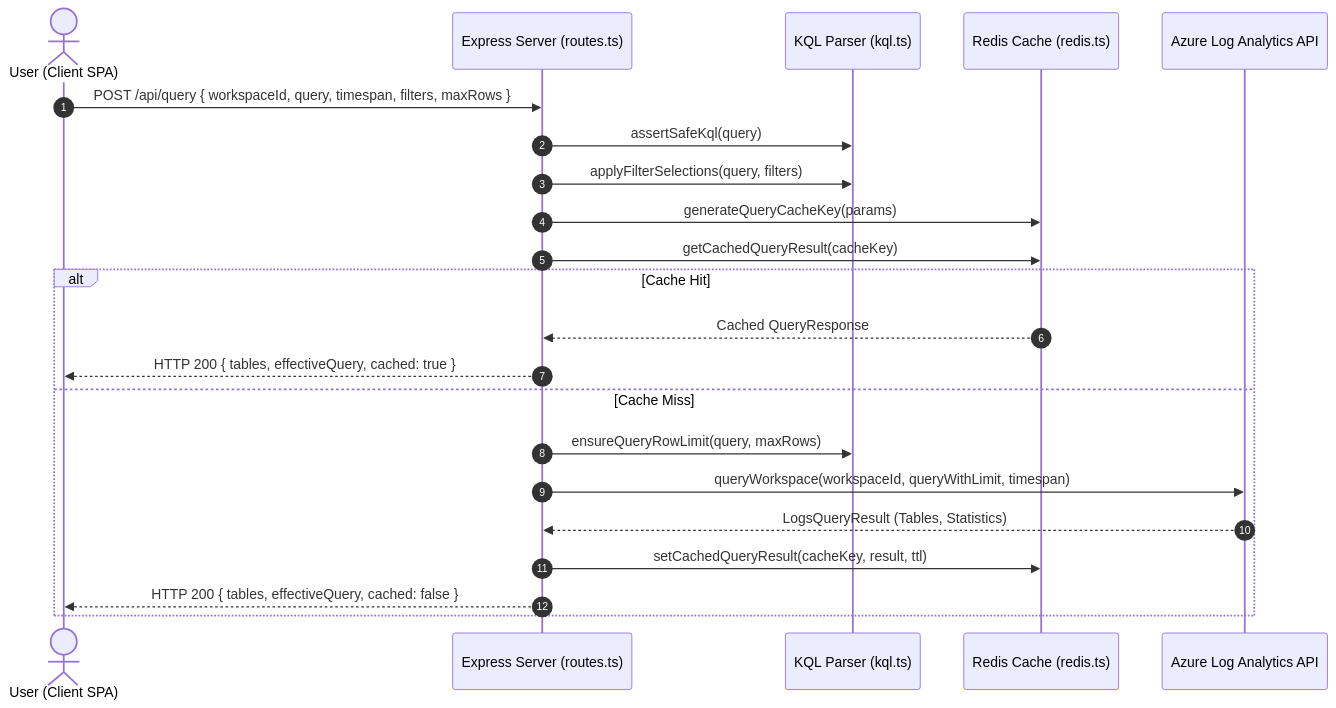
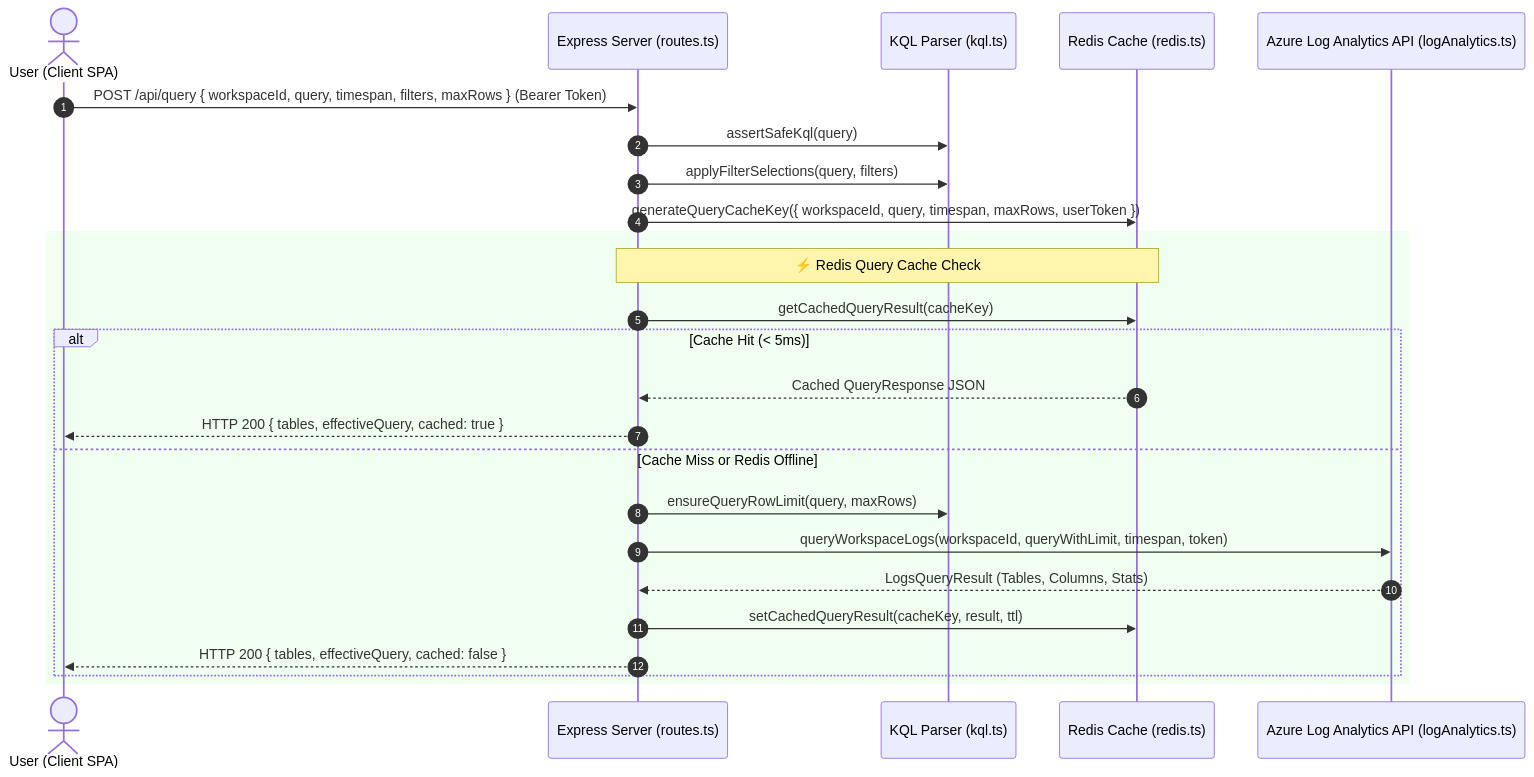
Before and after one commit to diny1729/LogAnalytics: the second of 2 diagrams in server.md, drawn with Mermaid. The commit also changed other lines of this file and 26 other files, not shown here.

Commit message:
feat: update architecture, README, client and server documentation with multi-subscription & multi-workspace log view

````diff
--- a/server.md
+++ b/server.md
@@ -122,26 +134,29 @@
 ```mermaid
 sequenceDiagram
     autonumber
     actor User as User (Client SPA)
     participant Server as Express Server (routes.ts)
     participant KQL as KQL Parser (kql.ts)
     participant Redis as Redis Cache (redis.ts)
-    participant Azure as Azure Log Analytics API
+    participant Azure as Azure Log Analytics API (logAnalytics.ts)
 
-    User->>Server: POST /api/query { workspaceId, query, timespan, filters, maxRows }
+    User->>Server: POST /api/query { workspaceId, query, timespan, filters, maxRows } (Bearer Token)
     Server->>KQL: assertSafeKql(query)
     Server->>KQL: applyFilterSelections(query, filters)
-    Server->>Redis: generateQueryCacheKey(params)
-    Server->>Redis: getCachedQueryResult(cacheKey)
+    Server->>Redis: generateQueryCacheKey({ workspaceId, query, timespan, maxRows, userToken })
     
-    alt Cache Hit
-        Redis-->>Server: Cached QueryResponse
-        Server-->>User: HTTP 200 { tables, effectiveQuery, cached: true }
-    else Cache Miss
-        Server->>KQL: ensureQueryRowLimit(query, maxRows)
-        Server->>Azure: queryWorkspace(workspaceId, queryWithLimit, timespan)
-        Azure-->>Server: LogsQueryResult (Tables, Statistics)
-        Server->>Redis: setCachedQueryResult(cacheKey, result, ttl)
-        Server-->>User: HTTP 200 { tables, effectiveQuery, cached: false }
+    rect rgb(240, 255, 240)
+        Note over Server,Redis: ⚡ Redis Query Cache Check
+        Server->>Redis: getCachedQueryResult(cacheKey)
+        alt Cache Hit (< 5ms)
+            Redis-->>Server: Cached QueryResponse JSON
+            Server-->>User: HTTP 200 { tables, effectiveQuery, cached: true }
+        else Cache Miss or Redis Offline
+            Server->>KQL: ensureQueryRowLimit(query, maxRows)
+            Server->>Azure: queryWorkspaceLogs(workspaceId, queryWithLimit, timespan, token)
+            Azure-->>Server: LogsQueryResult (Tables, Columns, Stats)
+            Server->>Redis: setCachedQueryResult(cacheKey, result, ttl)
+            Server-->>User: HTTP 200 { tables, effectiveQuery, cached: false }
+        end
     end
 ```
````
